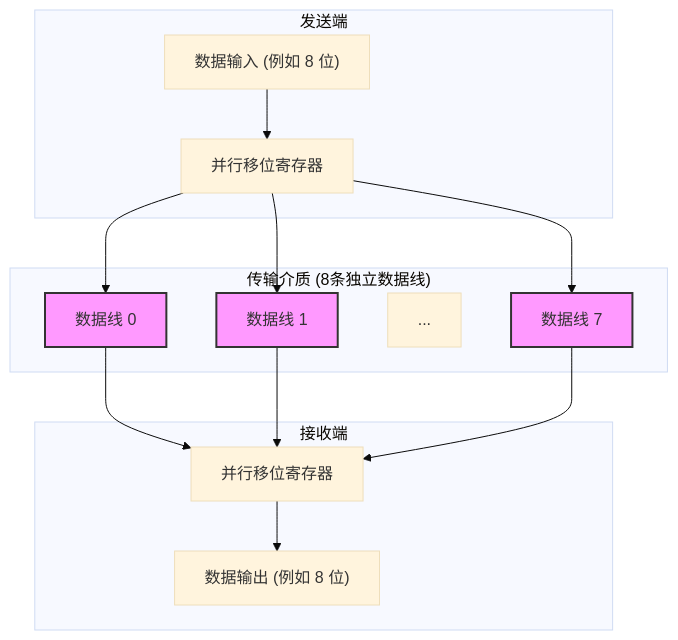
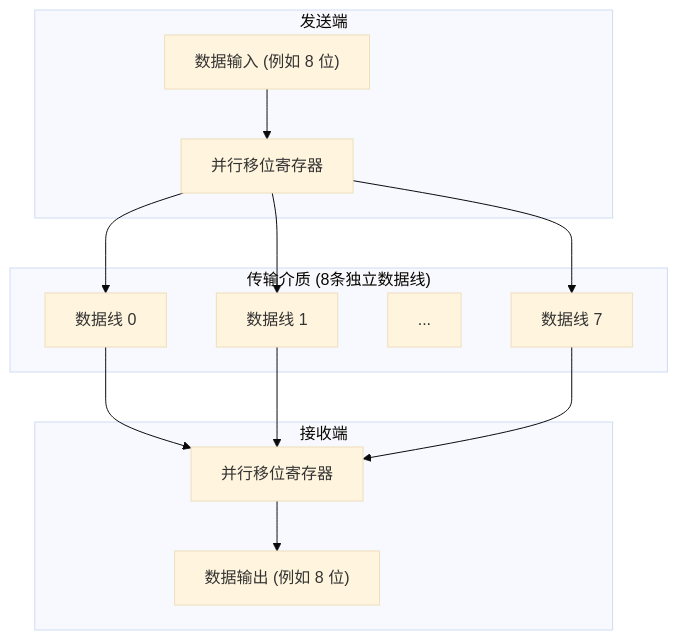
The first of 2 diagrams in source/_posts/2024/2024-09-11_并行通信与串行通信详解.md (teatang/t-blog), drawn with Mermaid (base theme) before and after one commit. The commit also changed 24 other files, not shown here.

```diff
--- a/source/_posts/2024/2024-09-11_并行通信与串行通信详解.md
+++ b/source/_posts/2024/2024-09-11_并行通信与串行通信详解.md
@@ -29,28 +29,24 @@
 {% mermaid %}
 graph TD
     subgraph 发送端
         Data_In_P["数据输入 (例如 8 位)"]
         ShiftReg_P[并行移位寄存器]
     end
 
     subgraph "传输介质 (8条独立数据线)"
         Line0[数据线 0]
         Line1[数据线 1]
         ...
         Line7[数据线 7]
     end
 
     subgraph 接收端
         ShiftReg_R[并行移位寄存器]
         Data_Out_P["数据输出 (例如 8 位)"]
     end
 
     Data_In_P --> ShiftReg_P
     ShiftReg_P --> Line0 & Line1 & Line7
     Line0 & Line1 & Line7 --> ShiftReg_R
     ShiftReg_R --> Data_Out_P
-
-    style Line0 fill:#f9f,stroke:#333,stroke-width:2px
-    style Line1 fill:#f9f,stroke:#333,stroke-width:2px
-    style Line7 fill:#f9f,stroke:#333,stroke-width:2px
 {% endmermaid %}
```
